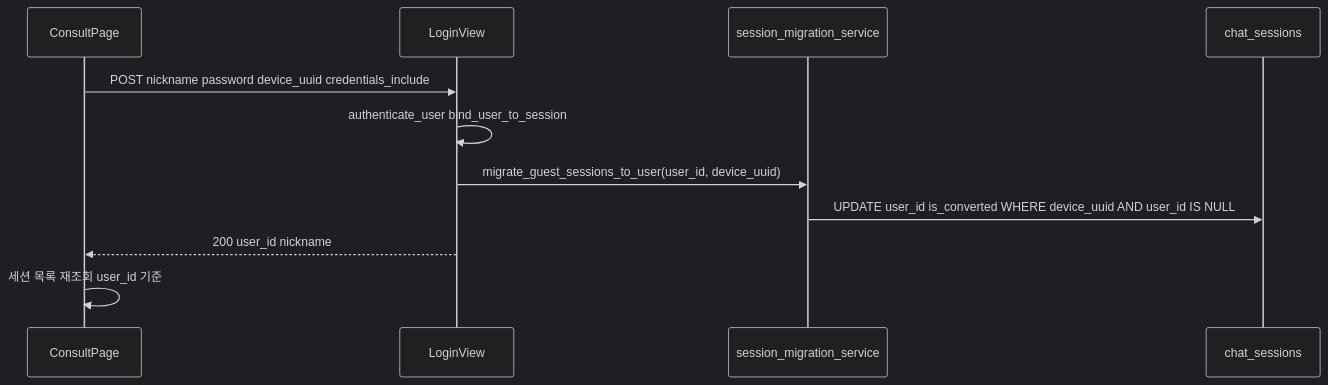
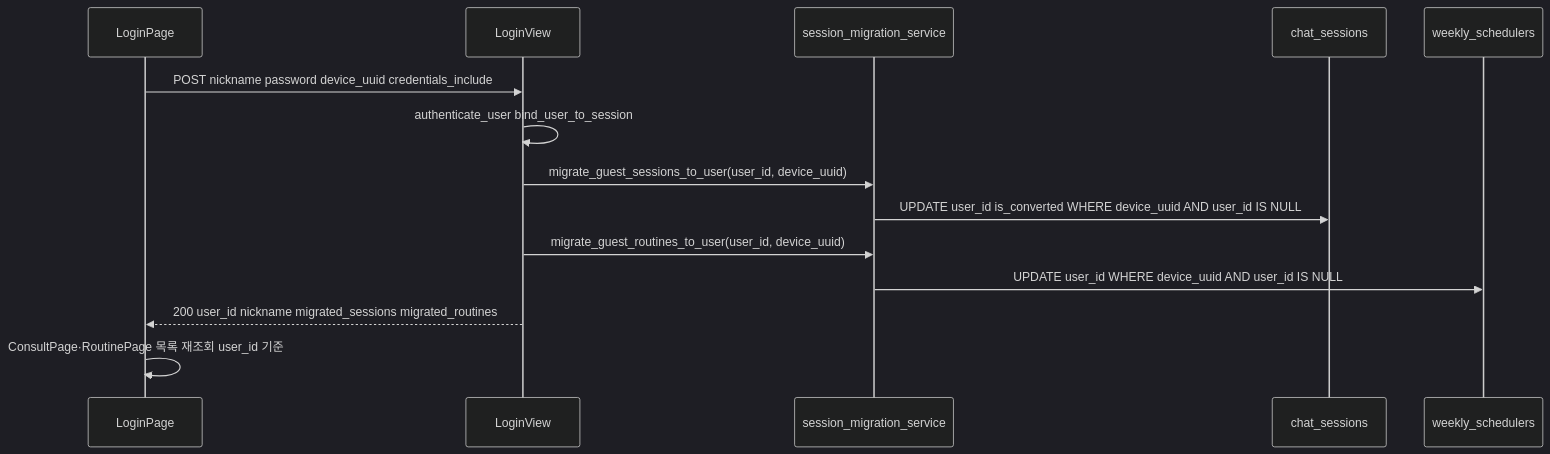
One commit to EJ-pro/SKN27-4th-4team changed the first of 2 diagrams in docs/에픽02-챗봇-회원-전환.md. Above: the diagram before and after it, drawn with Mermaid (dark theme). The commit also changed other lines of this file and 2 other files, not shown here.

Commit message:
[feature-kyeongsu-authentication][김경수] 로그인 시 게스트의 채팅 및 루틴 데이터를 회원으로 이전하는 기능 추가. `LoginView`에서 `device_uuid`를 활용하여 세션과 루틴을 동시에 마이그레이션하도록 수정.

````diff
--- a/docs/에픽02-챗봇-회원-전환.md
+++ b/docs/에픽02-챗봇-회원-전환.md
@@ -73,14 +86,17 @@
 ```mermaid
 sequenceDiagram
-  participant CP as ConsultPage
+  participant FE as LoginPage
   participant Login as LoginView
   participant Mig as session_migration_service
-  participant DB as chat_sessions
+  participant Chat as chat_sessions
+  participant Routine as weekly_schedulers
 
-  CP->>Login: POST nickname password device_uuid credentials_include
+  FE->>Login: POST nickname password device_uuid credentials_include
   Login->>Login: authenticate_user bind_user_to_session
   Login->>Mig: migrate_guest_sessions_to_user(user_id, device_uuid)
-  Mig->>DB: UPDATE user_id is_converted WHERE device_uuid AND user_id IS NULL
-  Login-->>CP: 200 user_id nickname
-  CP->>CP: 세션 목록 재조회 user_id 기준
+  Mig->>Chat: UPDATE user_id is_converted WHERE device_uuid AND user_id IS NULL
+  Login->>Mig: migrate_guest_routines_to_user(user_id, device_uuid)
+  Mig->>Routine: UPDATE user_id WHERE device_uuid AND user_id IS NULL
+  Login-->>FE: 200 user_id nickname migrated_sessions migrated_routines
+  FE->>FE: ConsultPage·RoutinePage 목록 재조회 user_id 기준
 ```
````
